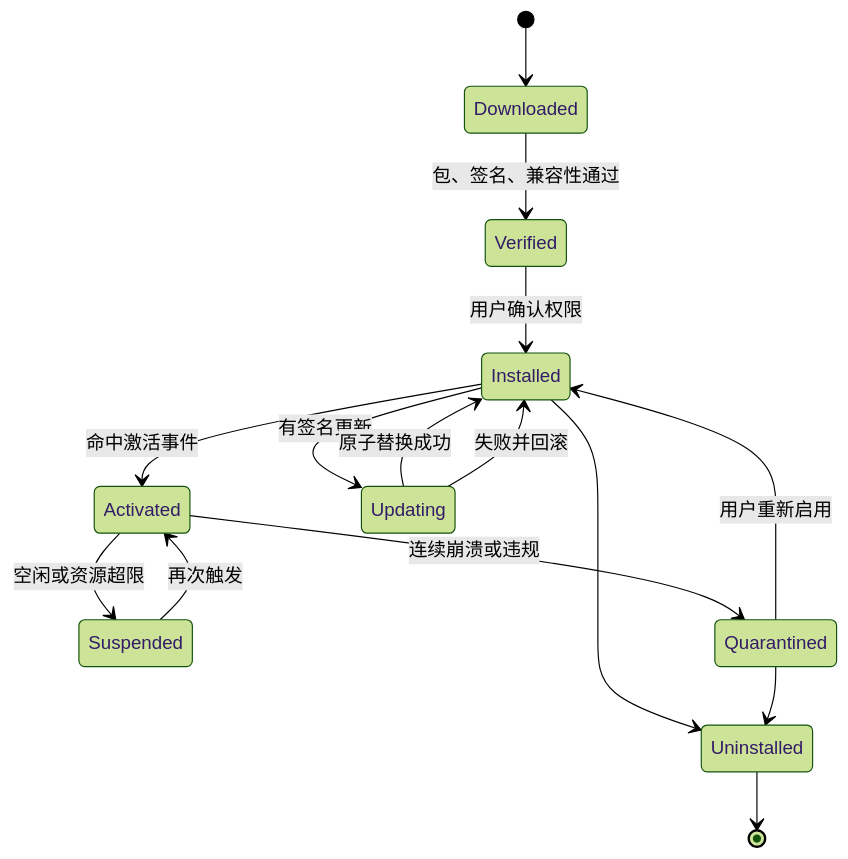
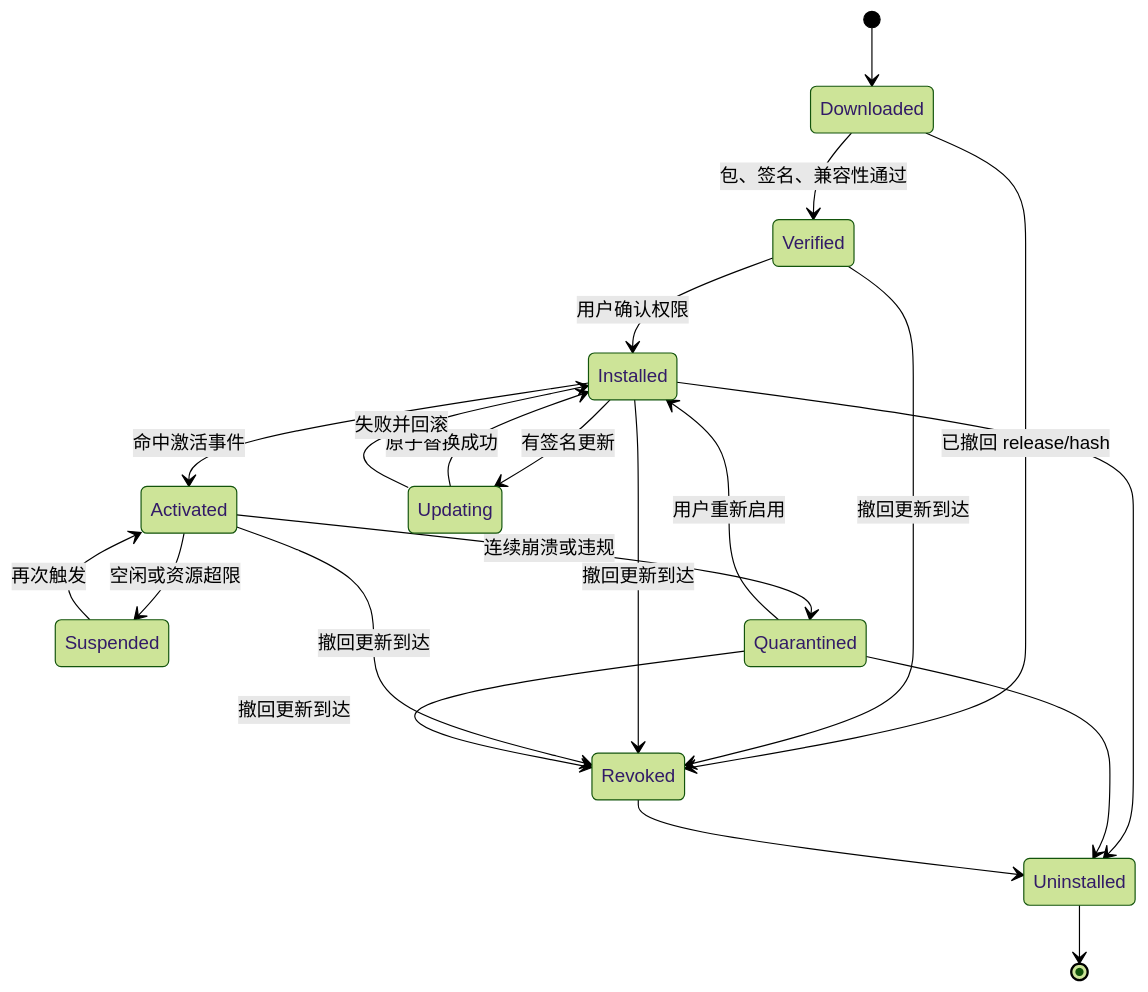
The second of 3 diagrams in docs/engineering/extensions/SYSTEM_DESIGN.md (Eulimene/Inflow), drawn with Mermaid (forest theme) before and after one commit. The commit also changed other lines of this file and 57 other files, not shown here.

````diff
--- a/docs/engineering/extensions/SYSTEM_DESIGN.md
+++ b/docs/engineering/extensions/SYSTEM_DESIGN.md
@@ -398,17 +457,23 @@
 ```mermaid
 stateDiagram-v2
     [*] --> Downloaded
     Downloaded --> Verified: 包、签名、兼容性通过
     Verified --> Installed: 用户确认权限
     Installed --> Activated: 命中激活事件
     Activated --> Suspended: 空闲或资源超限
     Suspended --> Activated: 再次触发
     Activated --> Quarantined: 连续崩溃或违规
     Quarantined --> Installed: 用户重新启用
+    Downloaded --> Revoked: 已撤回 release/hash
+    Verified --> Revoked: 撤回更新到达
+    Installed --> Revoked: 撤回更新到达
+    Activated --> Revoked: 撤回更新到达
+    Quarantined --> Revoked: 撤回更新到达
     Installed --> Updating: 有签名更新
     Updating --> Installed: 原子替换成功
     Updating --> Installed: 失败并回滚
     Installed --> Uninstalled
     Quarantined --> Uninstalled
+    Revoked --> Uninstalled
     Uninstalled --> [*]
 ```
````
